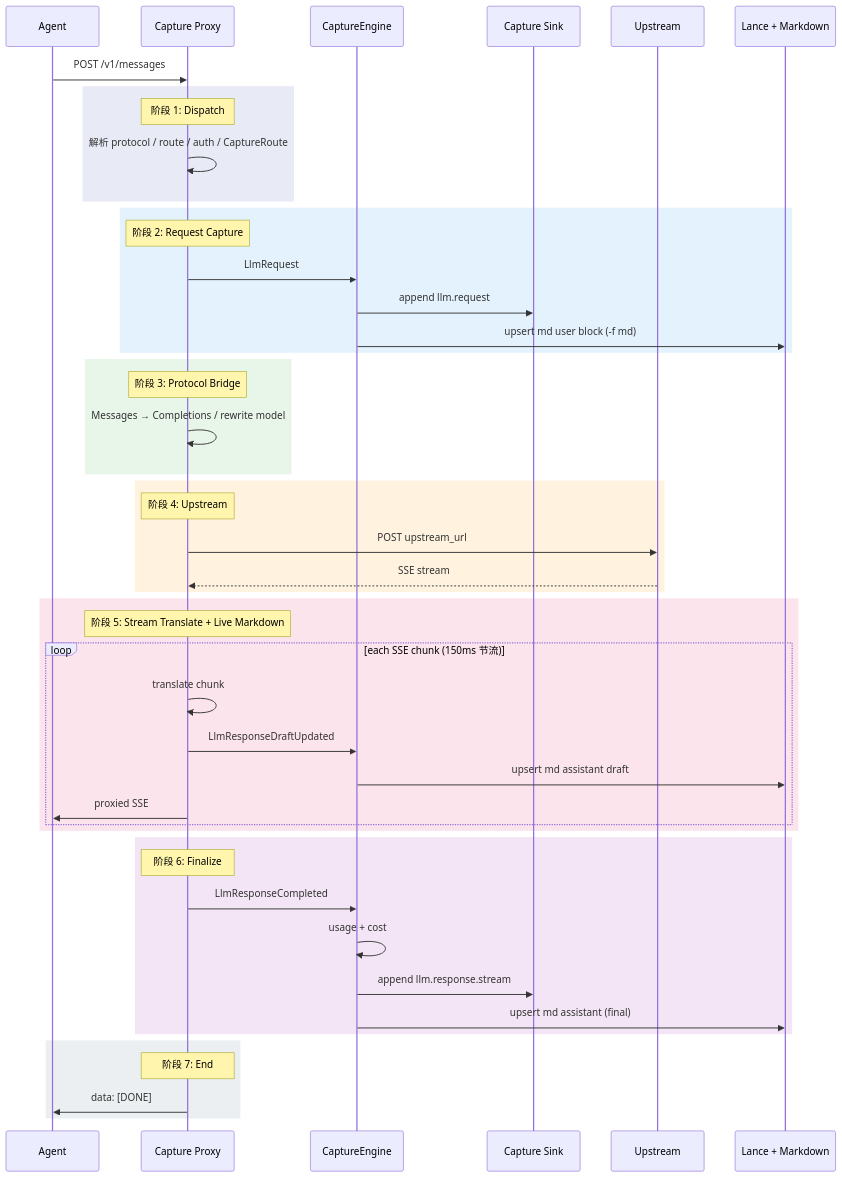
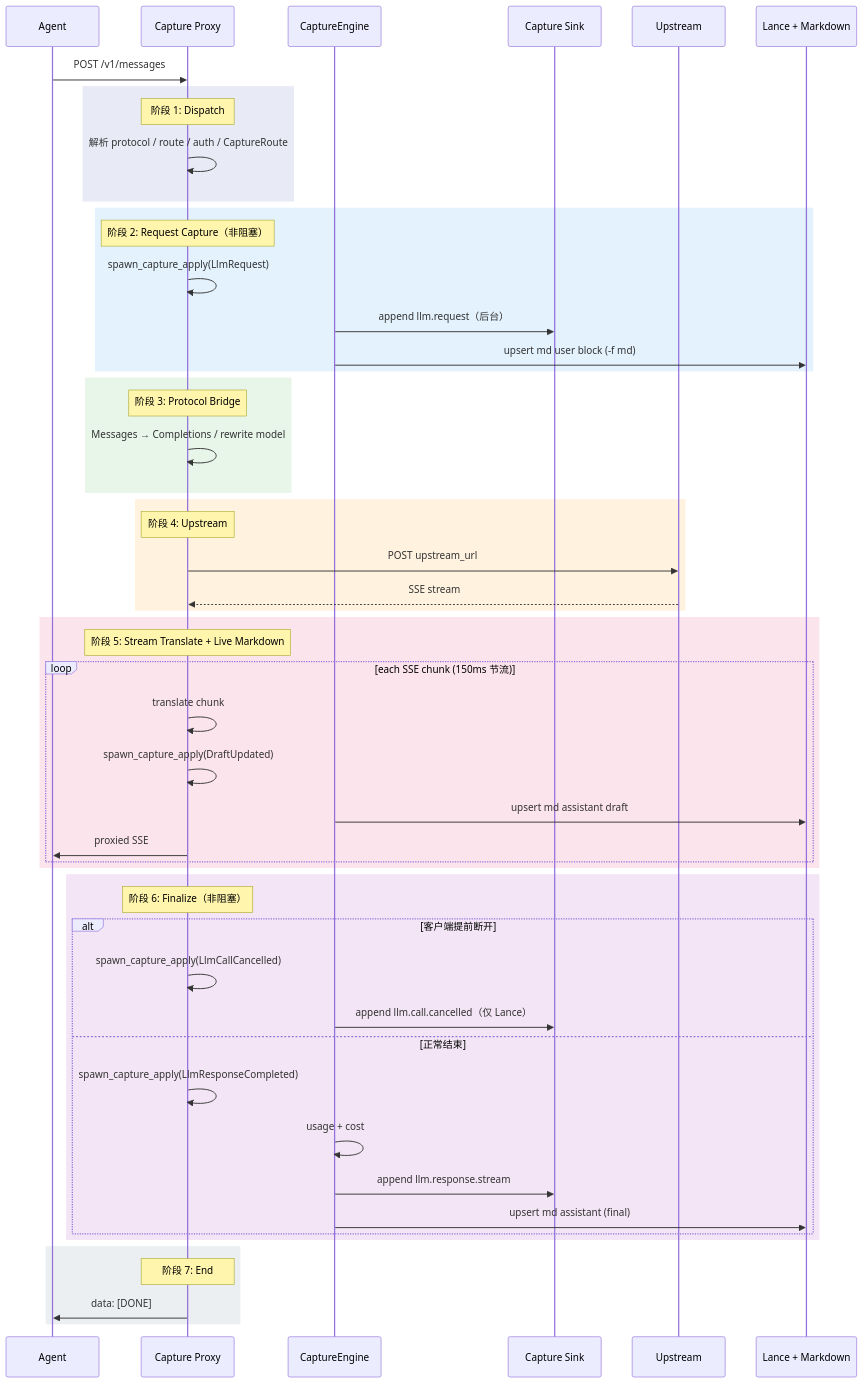
One commit to DeepLink-org/Persisting changed the second of 5 diagrams in docs/src/design/capture_design.zh.md. Above: the diagram before and after it, drawn with Mermaid. The commit also changed other lines of this file and 41 other files, not shown here.

````diff
--- a/docs/src/design/capture_design.zh.md
+++ b/docs/src/design/capture_design.zh.md
@@ -158,57 +174,62 @@
 ```mermaid
 sequenceDiagram
     participant Agent
     participant Proxy as Capture Proxy
     participant Engine as CaptureEngine
     participant Sink as Capture Sink
     participant Upstream
     participant Storage as Lance + Markdown
 
     Agent->>Proxy: POST /v1/messages
 
     rect rgb(232, 234, 246)
         Note over Proxy: 阶段 1: Dispatch
         Proxy->>Proxy: 解析 protocol / route / auth / CaptureRoute
     end
 
     rect rgb(227, 242, 253)
-        Note over Proxy: 阶段 2: Request Capture
-        Proxy->>Engine: LlmRequest
-        Engine->>Sink: append llm.request
+        Note over Proxy: 阶段 2: Request Capture（非阻塞）
+        Proxy->>Proxy: spawn_capture_apply(LlmRequest)
+        Engine->>Sink: append llm.request（后台）
         Engine->>Storage: upsert md user block (-f md)
     end
 
     rect rgb(232, 245, 233)
         Note over Proxy: 阶段 3: Protocol Bridge
         Proxy->>Proxy: Messages → Completions / rewrite model
     end
 
     rect rgb(255, 243, 224)
         Note over Proxy: 阶段 4: Upstream
         Proxy->>Upstream: POST upstream_url
         Upstream-->>Proxy: SSE stream
     end
 
     rect rgb(252, 228, 236)
         Note over Proxy: 阶段 5: Stream Translate + Live Markdown
         loop each SSE chunk (150ms 节流)
             Proxy->>Proxy: translate chunk
-            Proxy->>Engine: LlmResponseDraftUpdated
+            Proxy->>Proxy: spawn_capture_apply(DraftUpdated)
             Engine->>Storage: upsert md assistant draft
             Proxy->>Agent: proxied SSE
         end
     end
 
     rect rgb(243, 229, 245)
-        Note over Proxy: 阶段 6: Finalize
-        Proxy->>Engine: LlmResponseCompleted
-        Engine->>Engine: usage + cost
-        Engine->>Sink: append llm.response.stream
-        Engine->>Storage: upsert md assistant (final)
+        Note over Proxy: 阶段 6: Finalize（非阻塞）
+        alt 客户端提前断开
+            Proxy->>Proxy: spawn_capture_apply(LlmCallCancelled)
+            Engine->>Sink: append llm.call.cancelled（仅 Lance）
+        else 正常结束
+            Proxy->>Proxy: spawn_capture_apply(LlmResponseCompleted)
+            Engine->>Engine: usage + cost
+            Engine->>Sink: append llm.response.stream
+            Engine->>Storage: upsert md assistant (final)
+        end
     end
 
     rect rgb(236, 239, 241)
         Note over Proxy: 阶段 7: End
         Proxy->>Agent: data: [DONE]
     end
 ```
````
